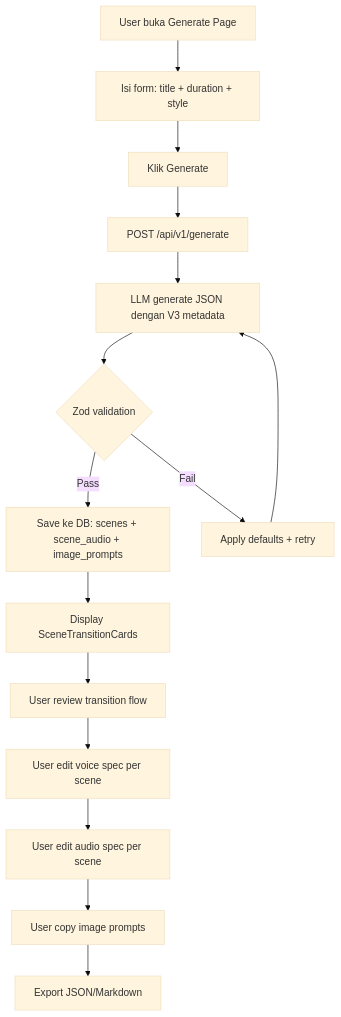
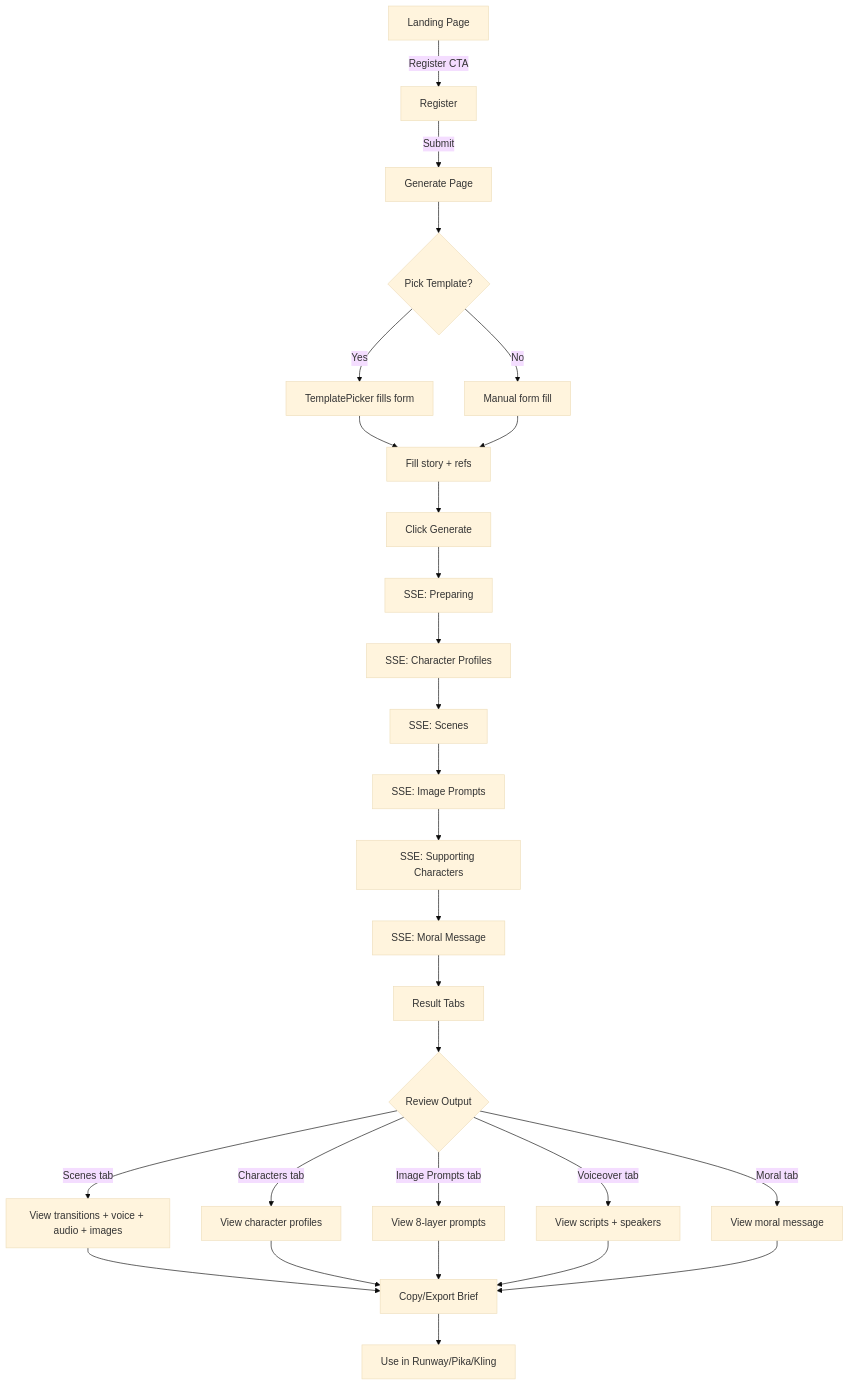
Before and after one commit to agrianwahab29/agrinode-promptflow: the first of 3 diagrams in product-docs/UIUX_SPEC.md, drawn with Mermaid (base theme). The commit also changed other lines of this file and 21 other files, not shown here.

````diff
--- a/product-docs/UIUX_SPEC.md
+++ b/product-docs/UIUX_SPEC.md
@@ -550,17 +528,30 @@
 ```mermaid
 flowchart TD
-    A[User buka Generate Page] --> B[Isi form: title + duration + style]
-    B --> C[Klik Generate]
-    C --> D[POST /api/v1/generate]
-    D --> E[LLM generate JSON dengan V3 metadata]
-    E --> F{Zod validation}
-    F -->|Pass| G[Save ke DB: scenes + scene_audio + image_prompts]
-    F -->|Fail| H[Apply defaults + retry]
-    H --> E
-    G --> I[Display SceneTransitionCards]
-    I --> J[User review transition flow]
-    J --> K[User edit voice spec per scene]
-    K --> L[User edit audio spec per scene]
-    L --> M[User copy image prompts]
-    M --> N[Export JSON/Markdown]
+    A[Landing Page] -->|Register CTA| B[Register]
+    B -->|Submit| C[Generate Page]
+    C --> D{Pick Template?}
+    D -->|Yes| E[TemplatePicker fills form]
+    D -->|No| F[Manual form fill]
+    E --> G[Fill story + refs]
+    F --> G
+    G --> H[Click Generate]
+    H --> I[SSE: Preparing]
+    I --> J[SSE: Character Profiles]
+    J --> K[SSE: Scenes]
+    K --> L[SSE: Image Prompts]
+    L --> M[SSE: Supporting Characters]
+    M --> N[SSE: Moral Message]
+    N --> O[Result Tabs]
+    O --> P{Review Output}
+    P -->|Scenes tab| Q[View transitions + voice + audio + images]
+    P -->|Characters tab| R[View character profiles]
+    P -->|Image Prompts tab| S[View 8-layer prompts]
+    P -->|Voiceover tab| T[View scripts + speakers]
+    P -->|Moral tab| U[View moral message]
+    Q --> V[Copy/Export Brief]
+    R --> V
+    S --> V
+    T --> V
+    U --> V
+    V --> W[Use in Runway/Pika/Kling]
 ```
````
